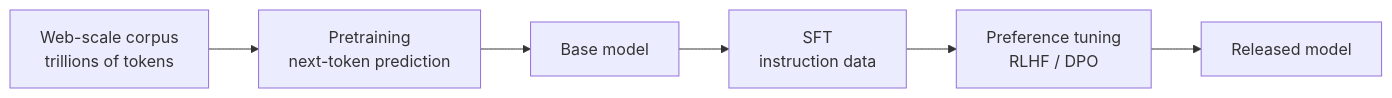
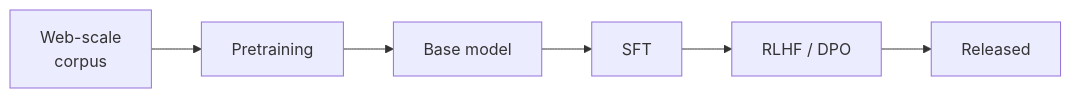
Before and after one commit to averagejoeslab/building-agents: the third of 5 diagrams in presentation/slides.md, drawn with Mermaid. The commit also changed other lines of this file, not shown here.

````diff
--- a/presentation/slides.md
+++ b/presentation/slides.md
@@ -237,8 +170,8 @@
-```mermaid
+```mermaid {scale: 0.55}
 flowchart LR
-    A[Web-scale corpus<br/>trillions of tokens] --> B[Pretraining<br/>next-token prediction]
+    A[Web-scale<br/>corpus] --> B[Pretraining]
     B --> C[Base model]
-    C --> D[SFT<br/>instruction data]
-    D --> E[Preference tuning<br/>RLHF / DPO]
-    E --> F[Released model]
+    C --> D[SFT]
+    D --> E[RLHF / DPO]
+    E --> F[Released]
 ```
````
